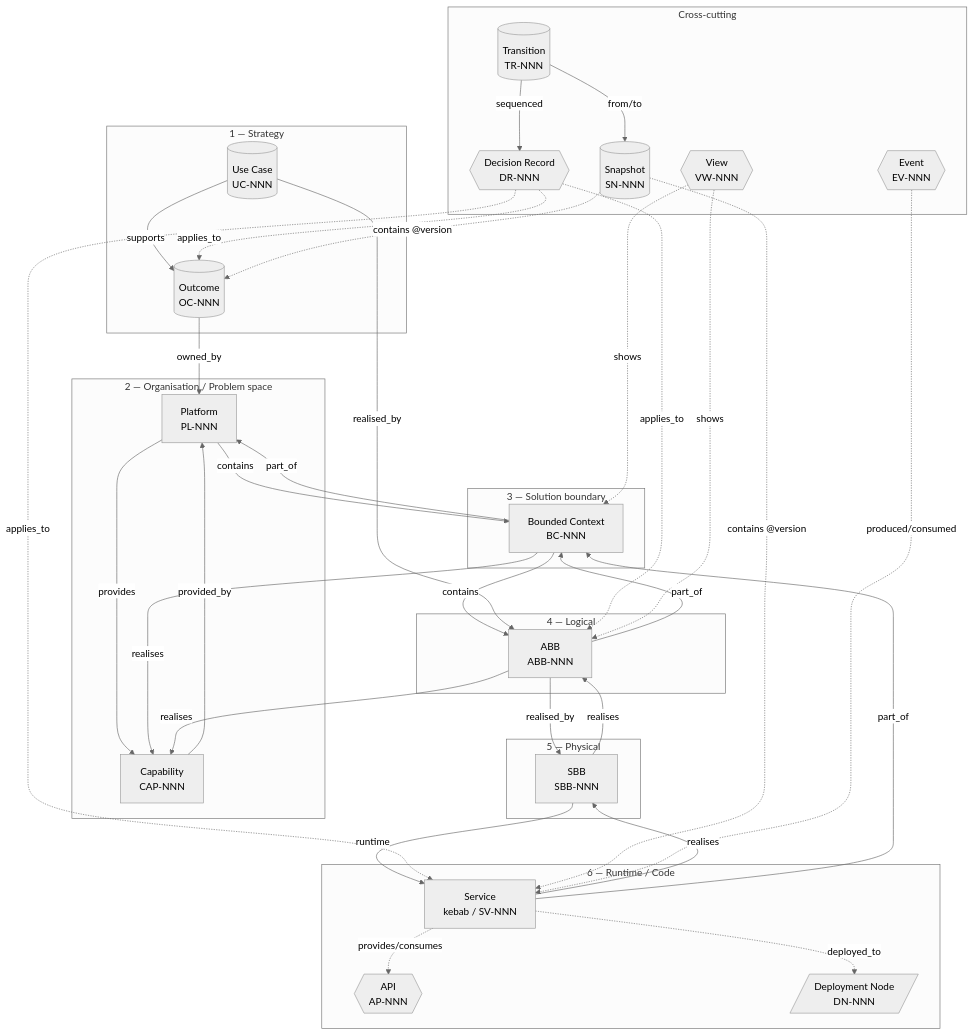
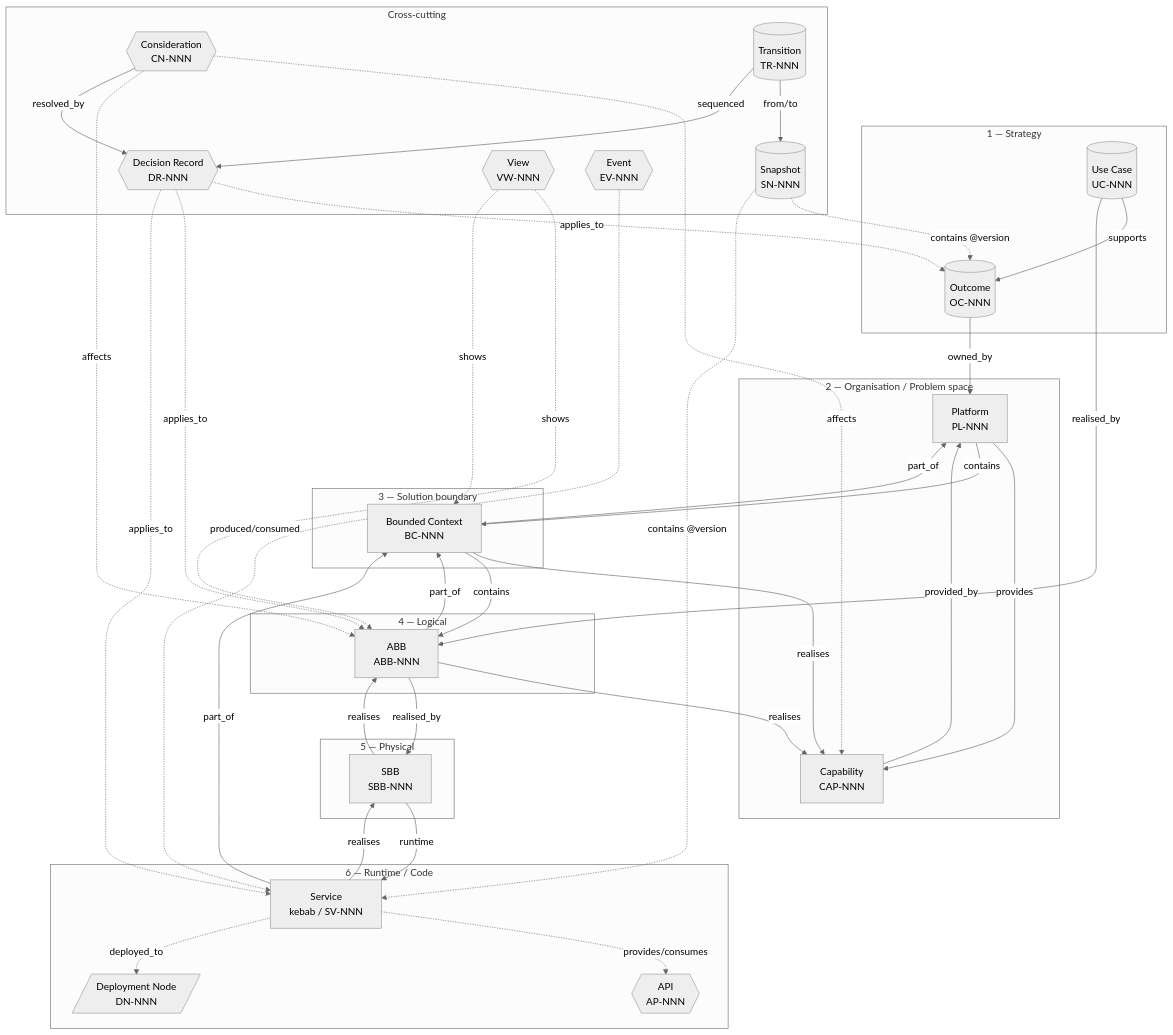
One commit to dermot-obrien/ai-assisted-architecture changed the second of 3 diagrams in standards/standard-frontmatter.md. Above: the diagram before and after it, drawn with Mermaid (neutral theme). The commit also changed other lines of this file and 5 other files, not shown here.

First line of the commit message:
schemas: consideration artefact kind (CN-NNN)

````diff
--- a/standards/standard-frontmatter.md
+++ b/standards/standard-frontmatter.md
@@ -716,69 +753,73 @@
 ```mermaid
 flowchart TB
     subgraph STRATEGY ["1 — Strategy"]
         OC[(Outcome<br/>OC-NNN)]
         UC[(Use Case<br/>UC-NNN)]
     end
 
     subgraph ORG ["2 — Organisation / Problem space"]
         PL[Platform<br/>PL-NNN]
         CAP[Capability<br/>CAP-NNN]
     end
 
     subgraph CTX ["3 — Solution boundary"]
         BC[Bounded Context<br/>BC-NNN]
     end
 
     subgraph LOGICAL ["4 — Logical"]
         AB[ABB<br/>ABB-NNN]
     end
 
     subgraph PHYSICAL ["5 — Physical"]
         SB[SBB<br/>SBB-NNN]
     end
 
     subgraph RUNTIME ["6 — Runtime / Code"]
         SV[Service<br/>kebab / SV-NNN]
         AP{{API<br/>AP-NNN}}
         DN[/Deployment Node<br/>DN-NNN/]
     end
 
     subgraph CROSSCUT ["Cross-cutting"]
         DR{{Decision Record<br/>DR-NNN}}
+        CN{{Consideration<br/>CN-NNN}}
         SN[(Snapshot<br/>SN-NNN)]
         TR[(Transition<br/>TR-NNN)]
         VW{{View<br/>VW-NNN}}
         EV{{Event<br/>EV-NNN}}
     end
 
     UC -- supports --> OC
     OC -- owned_by --> PL
     PL -- provides --> CAP
     PL -- contains --> BC
     BC -- realises --> CAP
     BC -- contains --> AB
     BC -- part_of --> PL
     CAP -- provided_by --> PL
     UC -- realised_by --> AB
     AB -- realises --> CAP
     AB -- part_of --> BC
     AB -- realised_by --> SB
     SB -- realises --> AB
     SB -- runtime --> SV
     SV -- realises --> SB
     SV -- part_of --> BC
 
     SV -. provides/consumes .-> AP
     SV -. deployed_to .-> DN
 
+    CN -. affects .-> CAP
+    CN -. affects .-> AB
+    CN -- resolved_by --> DR
     DR -. applies_to .-> OC
     DR -. applies_to .-> AB
     DR -. applies_to .-> SV
     SN -. contains @version .-> OC
     SN -. contains @version .-> SV
     TR -- from/to --> SN
     TR -- sequenced --> DR
     VW -. shows .-> AB
     VW -. shows .-> BC
     EV -. produced/consumed .-> SV
 ```
````
